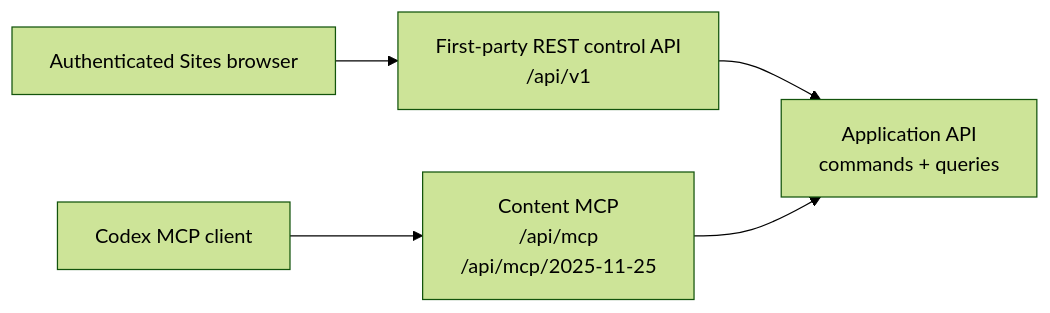
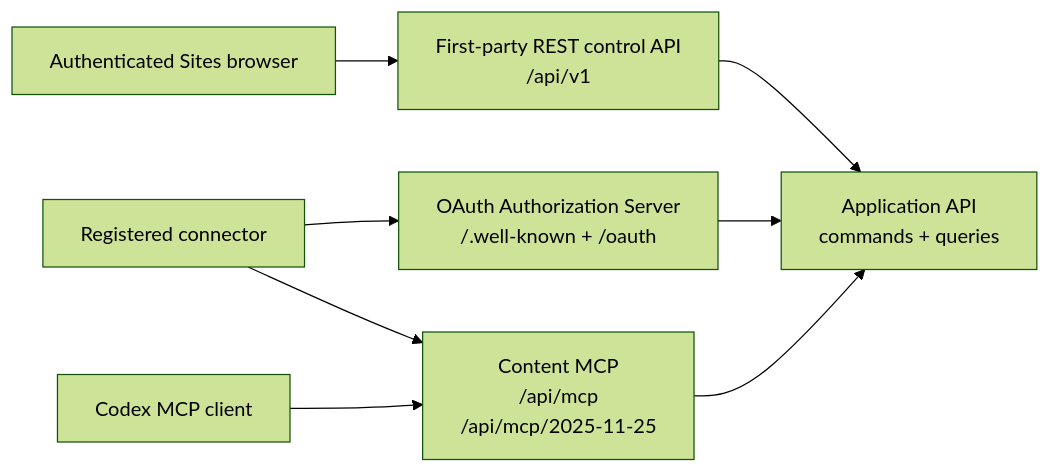
Before and after one commit to xxsrez/MindDiary: the diagram in docs/specs/api.md, drawn with Mermaid (forest theme). The commit also changed other lines of this file and 30 other files, not shown here.

Commit message:
feat: add OAuth connector foundation

````diff
--- a/docs/specs/api.md
+++ b/docs/specs/api.md
@@ -14,11 +16,15 @@
 ```mermaid
 flowchart LR
     Browser["Authenticated Sites browser"]
     Agent["Codex MCP client"]
+    OAuthClient["Registered connector"]
     Rest["First-party REST control API\n/api/v1"]
+    OAuth["OAuth Authorization Server\n/.well-known + /oauth"]
     Mcp["Content MCP\n/api/mcp\n/api/mcp/2025-11-25"]
     Core["Application API\ncommands + queries"]
 
     Browser --> Rest --> Core
+    OAuthClient --> OAuth --> Core
+    OAuthClient --> Mcp
     Agent --> Mcp --> Core
 ```
````
